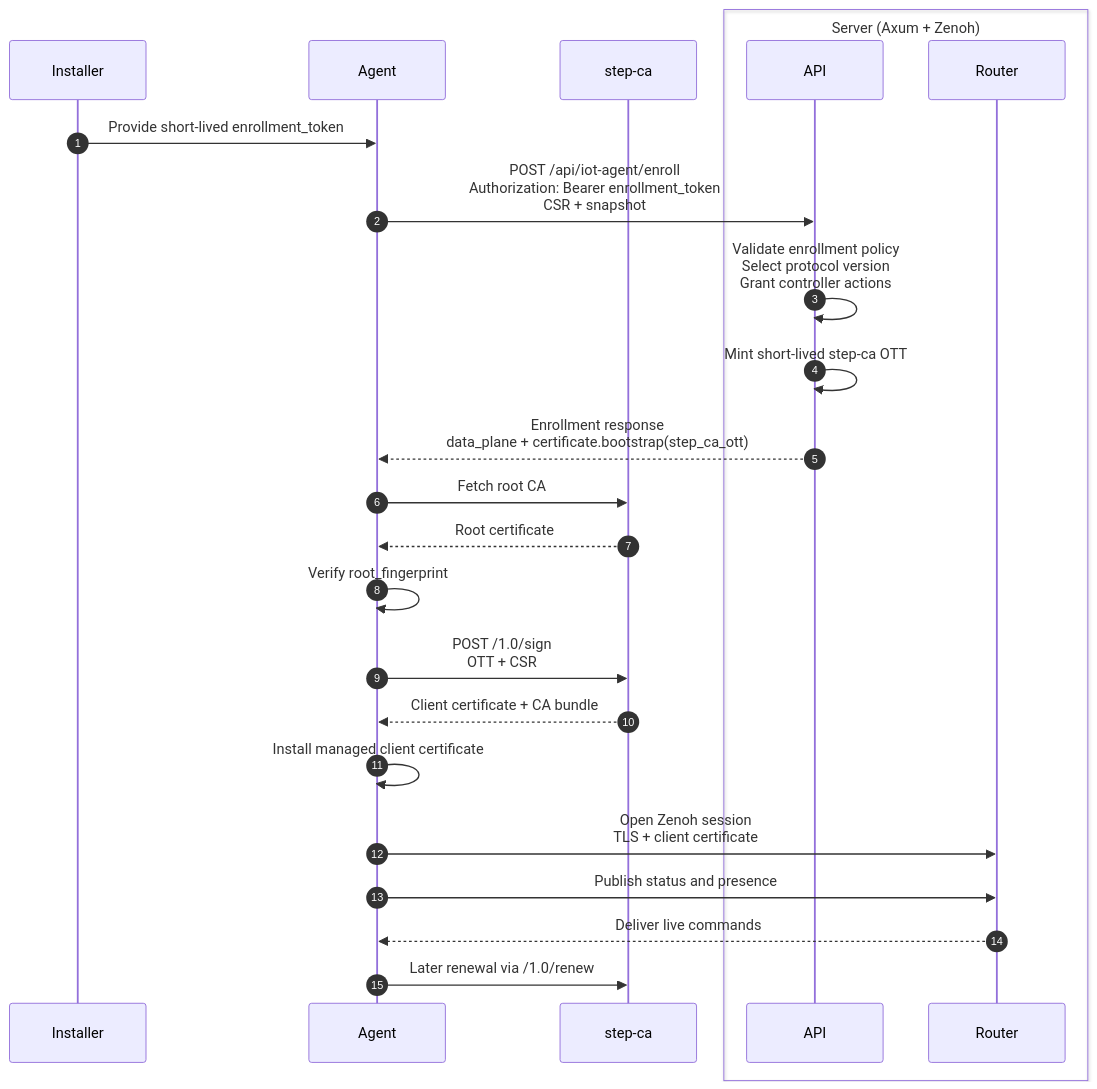
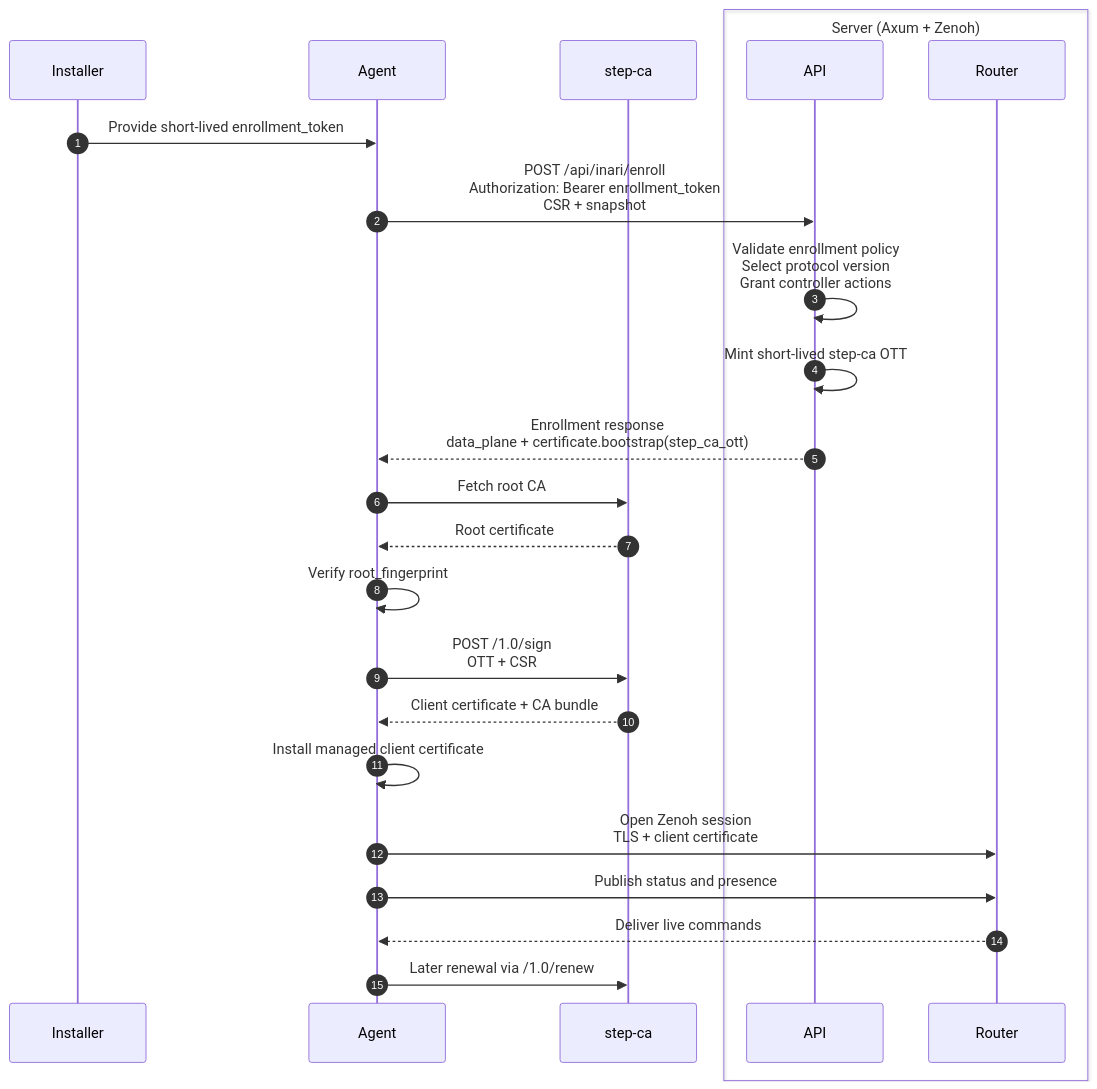
The diagram in docs/gateway_protocol.md (hadronomy/inari), drawn with Mermaid before and after one commit. The commit also changed other lines of this file and 168 other files, not shown here.

Commit message:
feat(repo): rename iot-agent to inari

````diff
--- a/docs/gateway_protocol.md
+++ b/docs/gateway_protocol.md
@@ -256,30 +256,30 @@
 ```mermaid
 sequenceDiagram
     autonumber
     participant Installer
     participant Agent
     participant StepCA as step-ca
     box Server (Axum + Zenoh)
         participant Controller as API
         participant Router as Router
     end
 
     Installer->>Agent: Provide short-lived enrollment_token
-    Agent->>Controller: POST /api/iot-agent/enroll<br/>Authorization: Bearer enrollment_token<br/>CSR + snapshot
+    Agent->>Controller: POST /api/inari/enroll<br/>Authorization: Bearer enrollment_token<br/>CSR + snapshot
     Controller->>Controller: Validate enrollment policy<br/>Select protocol version<br/>Grant controller actions
     Controller->>Controller: Mint short-lived step-ca OTT
     Controller-->>Agent: Enrollment response<br/>data_plane + certificate.bootstrap(step_ca_ott)
 
     Agent->>StepCA: Fetch root CA
     StepCA-->>Agent: Root certificate
     Agent->>Agent: Verify root_fingerprint
 
     Agent->>StepCA: POST /1.0/sign<br/>OTT + CSR
     StepCA-->>Agent: Client certificate + CA bundle
     Agent->>Agent: Install managed client certificate
 
     Agent->>Router: Open Zenoh session<br/>TLS + client certificate
     Agent->>Router: Publish status and presence
     Router-->>Agent: Deliver live commands
     Agent->>StepCA: Later renewal via /1.0/renew
 ```
````
